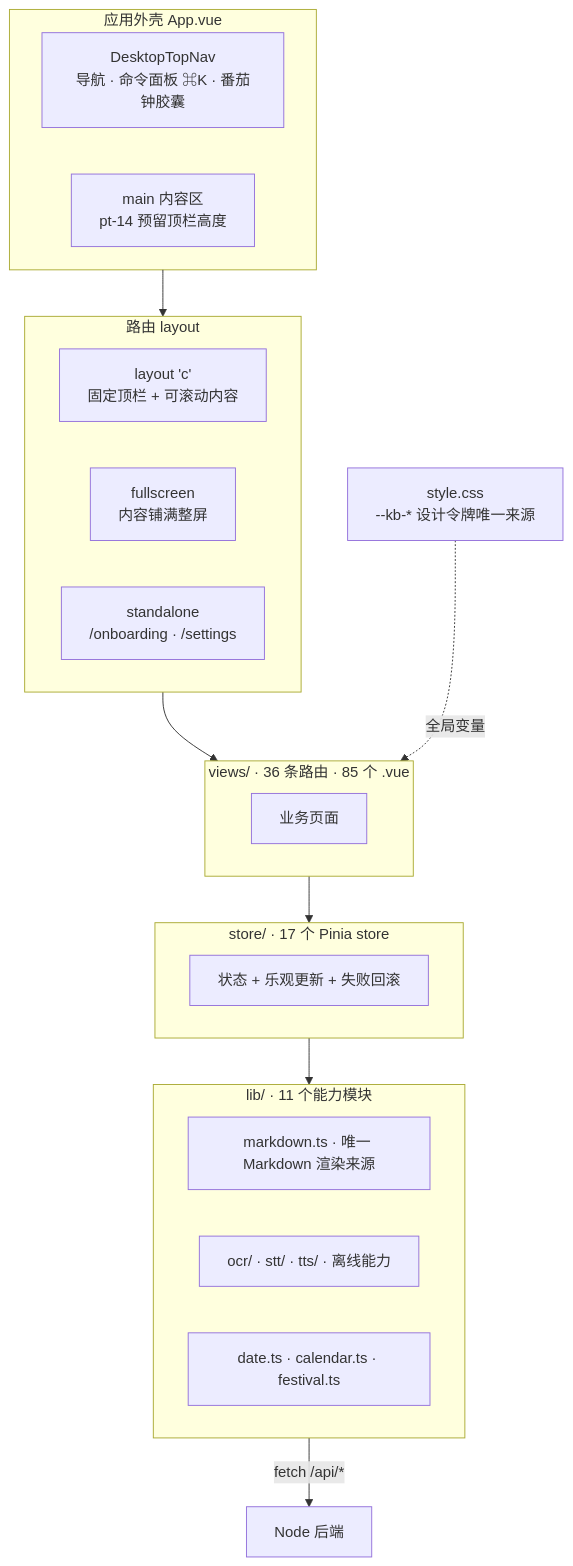
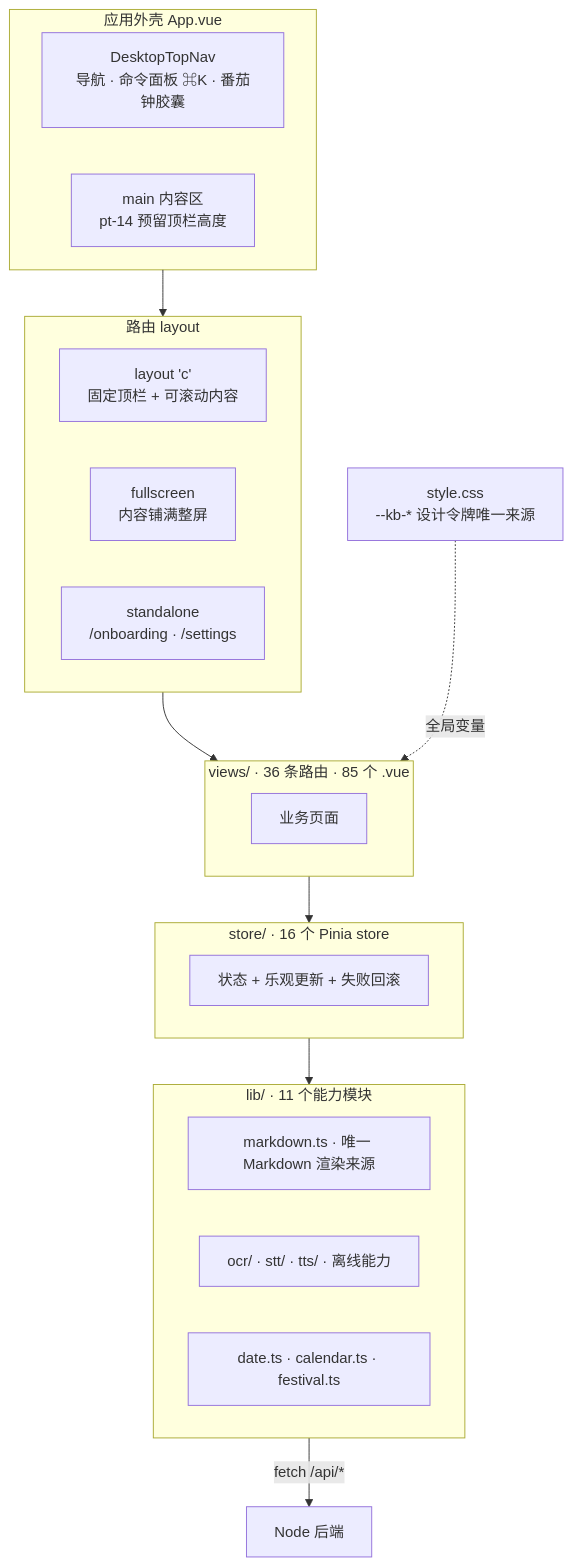
The fourth of 11 diagrams in docs/ARCHITECTURE.md (beiluoL/LectoForge), drawn with Mermaid before and after one commit. The commit also changed other lines of this file and 2 other files, not shown here.

First line of the commit message:
docs: 修正 store 数量/ID 与流程图技术底座表述（脚本复核后）

````diff
--- a/docs/ARCHITECTURE.md
+++ b/docs/ARCHITECTURE.md
@@ -198,35 +198,35 @@
 ```mermaid
 flowchart TB
   subgraph APP["应用外壳 App.vue"]
     NAV["DesktopTopNav<br/>导航 · 命令面板 ⌘K · 番茄钟胶囊"]
     MAIN["main 内容区<br/>pt-14 预留顶栏高度"]
   end
 
   subgraph LAYOUT["路由 layout"]
     LA["layout 'c'<br/>固定顶栏 + 可滚动内容"]
     LB["fullscreen<br/>内容铺满整屏"]
     LC["standalone<br/>/onboarding · /settings"]
   end
 
   subgraph V["views/ · 36 条路由 · 85 个 .vue"]
     V1["业务页面"]
   end
 
-  subgraph ST["store/ · 17 个 Pinia store"]
+  subgraph ST["store/ · 16 个 Pinia store"]
     ST1["状态 + 乐观更新 + 失败回滚"]
   end
 
   subgraph LIB["lib/ · 11 个能力模块"]
     LB1["markdown.ts · 唯一 Markdown 渲染来源"]
     LB2["ocr/ · stt/ · tts/ · 离线能力"]
     LB3["date.ts · calendar.ts · festival.ts"]
   end
 
   TOK["style.css<br/>--kb-* 设计令牌唯一来源"]
 
   NAV --- APP
   APP --> LAYOUT --> V
   V --> ST --> LIB
   LIB -->|"fetch /api/*"| API["Node 后端"]
   TOK -.->|"全局变量"| V
 ```
````
